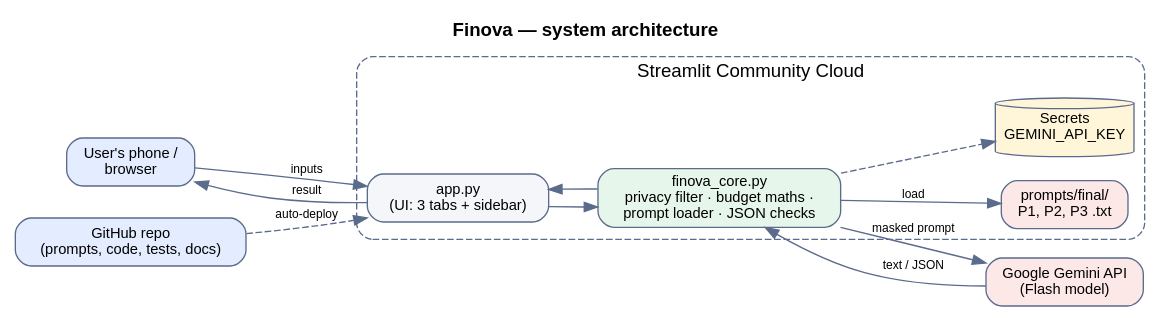
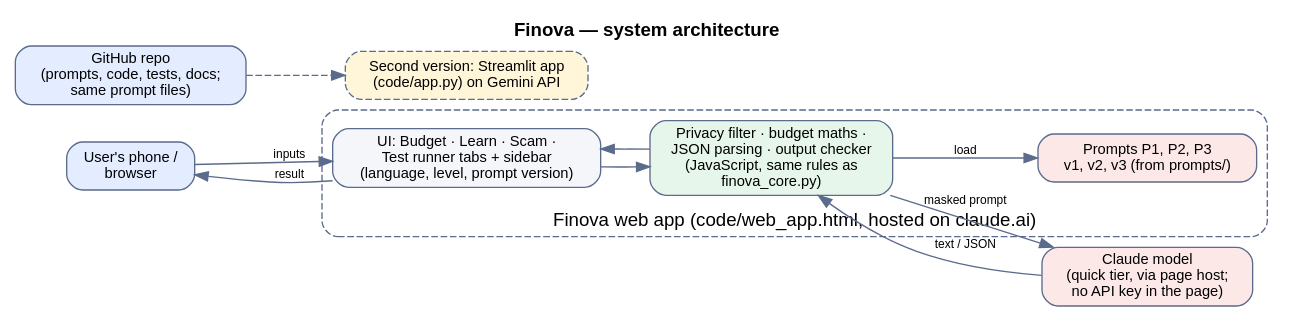
The diagram in finova/docs/diagrams/system_architecture.dot (shrutisood2005-cmd/finova), drawn with Graphviz before and after one commit. The commit also changed 18 other files, not shown here.

```diff
--- a/finova/docs/diagrams/system_architecture.dot
+++ b/finova/docs/diagrams/system_architecture.dot
@@ -1,7 +1,11 @@
 digraph G { rankdir=LR; node [shape=box style="rounded,filled" fillcolor="#F4F6FA" color="#5B6B8C" fontname="Helvetica" fontsize=11]; edge [color="#5B6B8C" fontname="Helvetica" fontsize=9];
 label="Finova — system architecture"; labelloc=t; fontname="Helvetica-Bold"; fontsize=14;
 u [label="User's phone /\nbrowser" fillcolor="#E3EDFF"];
-subgraph cluster_s { label="Streamlit Community Cloud"; style="rounded,dashed"; color="#5B6B8C"; fontname="Helvetica";
- app [label="app.py\n(UI: 3 tabs + sidebar)"]; core [label="finova_core.py\nprivacy filter · budget maths ·\nprompt loader · JSON checks" fillcolor="#E6F6EA"]; pr [label="prompts/final/\nP1, P2, P3 .txt" fillcolor="#FDE8E8"]; sec [label="Secrets\nGEMINI_API_KEY" shape=cylinder fillcolor="#FFF6DA"]; }
-g [label="Google Gemini API\n(Flash model)" fillcolor="#FDE8E8"]; gh [label="GitHub repo\n(prompts, code, tests, docs)" fillcolor="#E3EDFF"];
-u -> app [label="inputs"]; app -> core; core -> pr [label="load"]; core -> sec [style=dashed]; core -> g [label="masked prompt"]; g -> core [label="text / JSON"]; core -> app; app -> u [label="result"]; gh -> app [label="auto-deploy" style=dashed]; }
+subgraph cluster_w { label="Finova web app (code/web_app.html, hosted on claude.ai)"; labelloc=b; style="rounded,dashed"; color="#5B6B8C"; fontname="Helvetica";
+ ui [label="UI: Budget · Learn · Scam ·\nTest runner tabs + sidebar\n(language, level, prompt version)"];
+ core [label="Privacy filter · budget maths ·\nJSON parsing · output checker\n(JavaScript, same rules as\nfinova_core.py)" fillcolor="#E6F6EA"];
+ pr [label="Prompts P1, P2, P3\nv1, v2, v3 (from prompts/)" fillcolor="#FDE8E8"]; }
+c [label="Claude model\n(quick tier, via page host;\nno API key in the page)" fillcolor="#FDE8E8"];
+gh [label="GitHub repo\n(prompts, code, tests, docs;\nsame prompt files)" fillcolor="#E3EDFF"];
+s [label="Second version: Streamlit app\n(code/app.py) on Gemini API" fillcolor="#FFF6DA" style="rounded,filled,dashed"];
+u -> ui [label="inputs"]; ui -> core; core -> pr [label="load"]; core -> c [label="masked prompt"]; c -> core [label="text / JSON"]; core -> ui; ui -> u [label="result"]; gh -> s [style=dashed]; }
```
